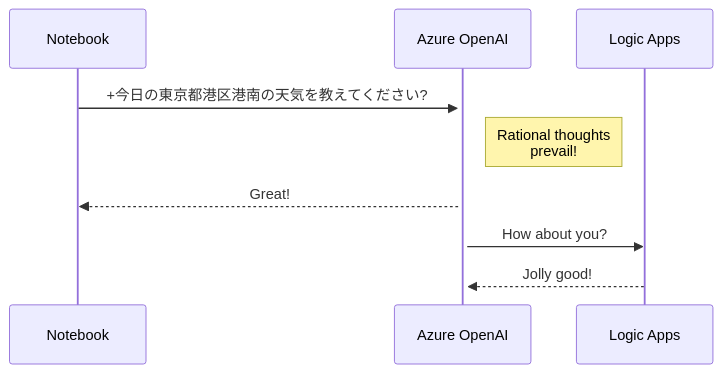
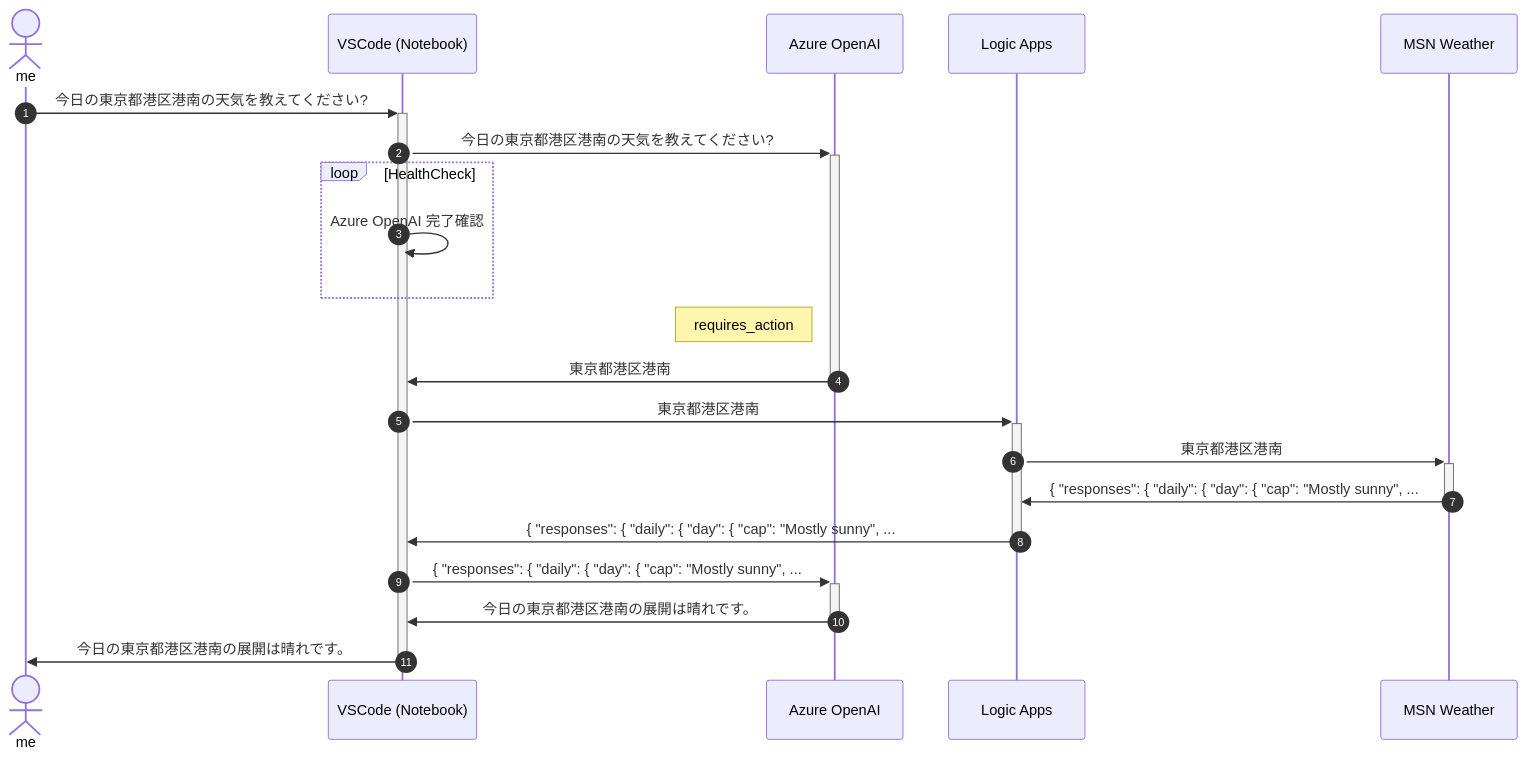
Before and after one commit to tsukashusan/assistants-api-sample-using-python: the diagram in docs/logic-apps.markdown, drawn with Mermaid.

````diff
--- a/docs/logic-apps.markdown
+++ b/docs/logic-apps.markdown
@@ -6,15 +6,24 @@
 ```mermaid
 sequenceDiagram
-    participant Notebook
+    autonumber
+    actor me
+    participant VSCode (Notebook)
     participant Azure OpenAI
     participant Logic Apps
-
-    Notebook->>+Azure OpenAI: +今日の東京都港区港南の天気を教えてください?
-    %%loop HealthCheck
-    %%    Azure OpenAI->>Azure OpenAI: Fight against hypochondria
-    %%end
-    Note right of Azure OpenAI: Rational thoughts <br/>prevail!
-    Azure OpenAI-->>Notebook: Great!
-    Azure OpenAI->>Logic Apps: How about you?
-    Logic Apps-->>Azure OpenAI: Jolly good!
+    participant MSN Weather
+    
+    me ->> +VSCode (Notebook):  今日の東京都港区港南の天気を教えてください?
+    VSCode (Notebook)->> +Azure OpenAI: 今日の東京都港区港南の天気を教えてください?
+    loop HealthCheck
+        VSCode (Notebook)->>VSCode (Notebook): Azure OpenAI 完了確認
+    end
+    Note left of Azure OpenAI: requires_action 
+    Azure OpenAI->> -VSCode (Notebook): 東京都港区港南
+    VSCode (Notebook)->>+Logic Apps: 東京都港区港南
+    Logic Apps->>+MSN Weather: 東京都港区港南
+    MSN Weather->>-Logic Apps: {  "responses": {    "daily": {      "day": {        "cap": "Mostly sunny",   ...
+    Logic Apps->>-VSCode (Notebook): {  "responses": {    "daily": {      "day": {        "cap": "Mostly sunny",   ... 
+    VSCode (Notebook)->>+Azure OpenAI: {  "responses": {    "daily": {      "day": {        "cap": "Mostly sunny",   ...
+    Azure OpenAI->>-VSCode (Notebook): 今日の東京都港区港南の展開は晴れです。 
+    VSCode (Notebook)->>-me: 今日の東京都港区港南の展開は晴れです。
 ```
````
